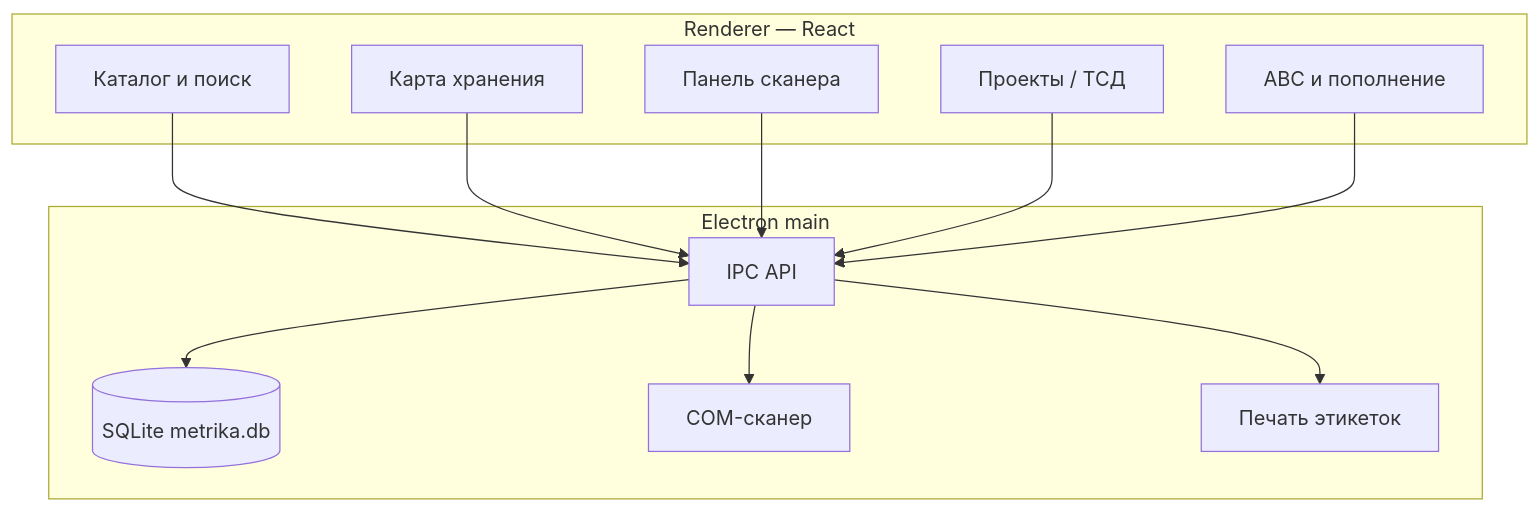
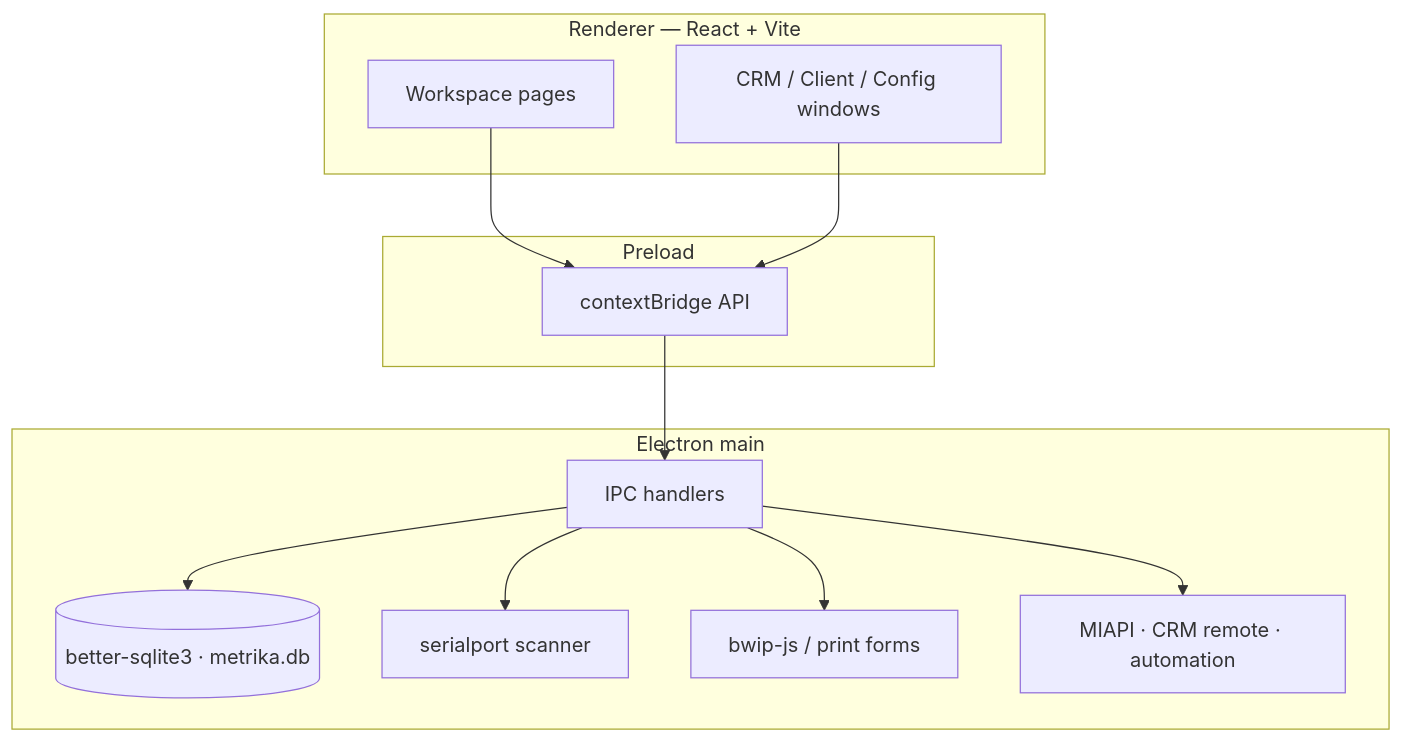
Before and after one commit to krwg/metrika: the first of 2 diagrams in README.md, drawn with Mermaid. The commit also changed other lines of this file and 9 other files, not shown here.

````diff
--- a/README.md
+++ b/README.md
@@ -53,26 +122,27 @@
 ```mermaid
 flowchart TB
-  subgraph UI["Renderer — React"]
-    Catalog[Каталог и поиск]
-    Map[Карта хранения]
-    Scan[Панель сканера]
-    Projects[Проекты / ТСД]
-    Analytics[ABC и пополнение]
+  subgraph Renderer["Renderer — React + Vite"]
+    UI[Workspace pages]
+    CRM[CRM / Client / Config windows]
+  end
+
+  subgraph Preload["Preload"]
+    Bridge["contextBridge API"]
   end
 
   subgraph Main["Electron main"]
-    IPC[IPC API]
-    DB[(SQLite metrika.db)]
-    COM[COM-сканер]
-    Print[Печать этикеток]
+    IPC[IPC handlers]
+    DB[("better-sqlite3 · metrika.db")]
+    COM[serialport scanner]
+    Print[bwip-js / print forms]
+    Ext[MIAPI · CRM remote · automation]
   end
 
-  Catalog --> IPC
-  Map --> IPC
-  Scan --> IPC
-  Projects --> IPC
-  Analytics --> IPC
+  UI --> Bridge
+  CRM --> Bridge
+  Bridge --> IPC
   IPC --> DB
   IPC --> COM
   IPC --> Print
+  IPC --> Ext
 ```
````
